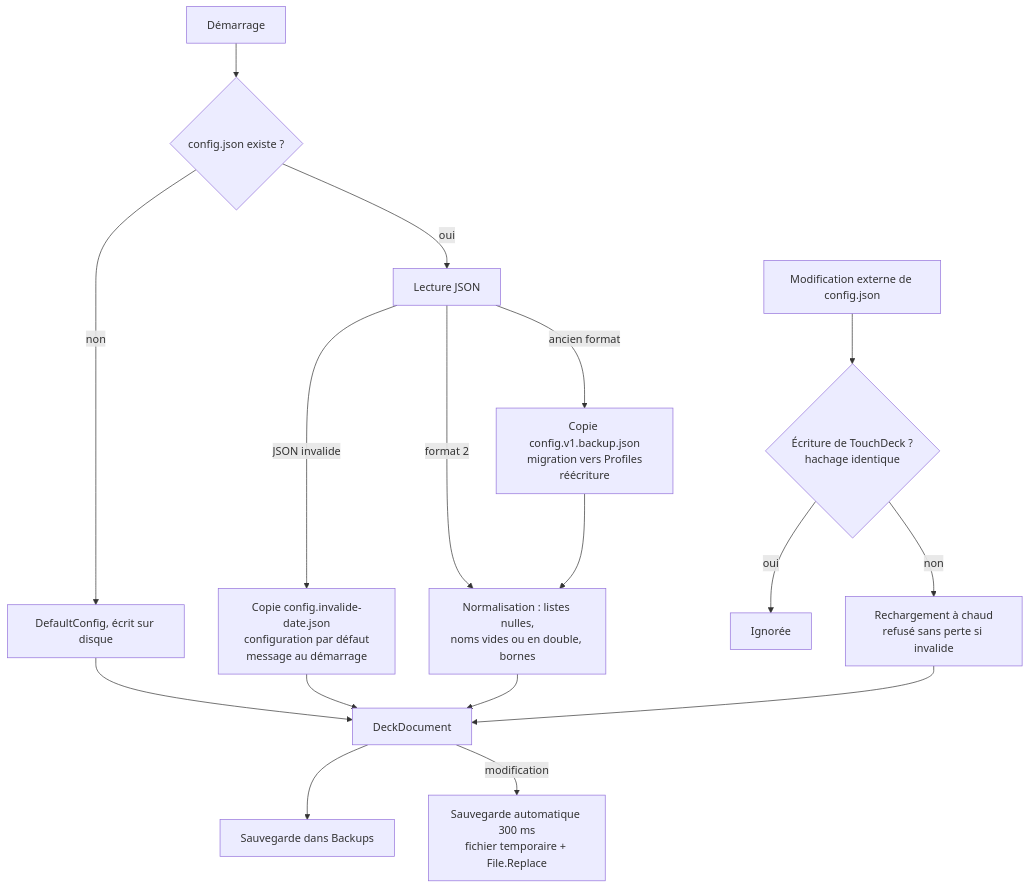
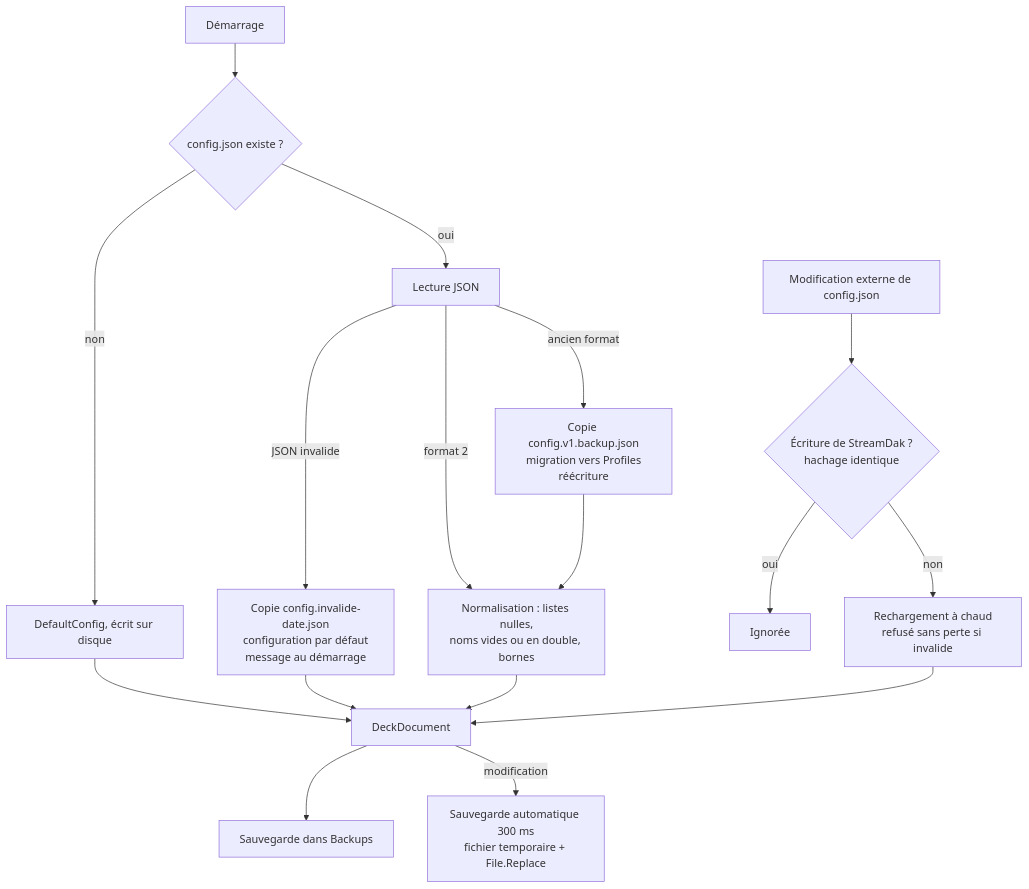
Before and after one commit to Dakire/StreamDeck: the second of 2 diagrams in docs/configuration.md, drawn with Mermaid. The commit also changed other lines of this file and 318 other files, not shown here.

````diff
--- a/docs/configuration.md
+++ b/docs/configuration.md
@@ -147,19 +151,19 @@
 ```mermaid
 flowchart TD
     A[Démarrage] --> B{config.json existe ?}
     B -- non --> C[DefaultConfig, écrit sur disque]
     B -- oui --> D[Lecture JSON]
     D -- JSON invalide --> E[Copie config.invalide-date.json<br/>configuration par défaut<br/>message au démarrage]
     D -- ancien format --> F[Copie config.v1.backup.json<br/>migration vers Profiles<br/>réécriture]
     D -- format 2 --> G[Normalisation : listes nulles,<br/>noms vides ou en double, bornes]
     F --> G
     C --> H[DeckDocument]
     E --> H
     G --> H
     H --> I[Sauvegarde dans Backups]
     H -- modification --> J[Sauvegarde automatique 300 ms<br/>fichier temporaire + File.Replace]
-    K[Modification externe de config.json] --> L{Écriture de TouchDeck ?<br/>hachage identique}
+    K[Modification externe de config.json] --> L{Écriture de StreamDak ?<br/>hachage identique}
     L -- oui --> M[Ignorée]
     L -- non --> N[Rechargement à chaud<br/>refusé sans perte si invalide]
     N --> H
 ```
````
